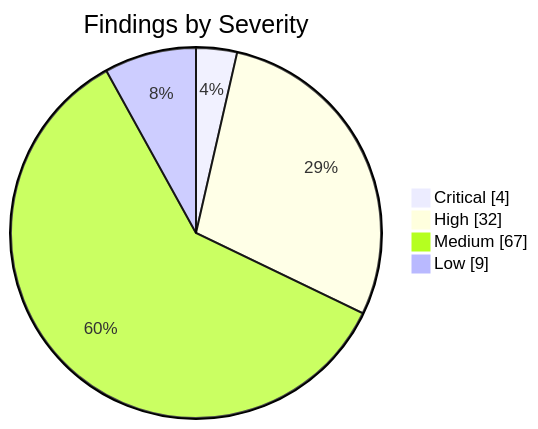
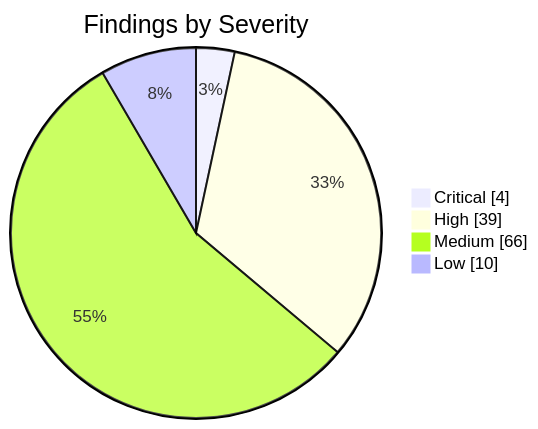
Before and after one commit to KBVE/kbve: the first of 2 diagrams in apps/kbve/astro-kbve/src/content/docs/dashboard/security.mdx, drawn with Mermaid. The commit also changed other lines of this file and 1 other file, not shown here.

````diff
--- a/apps/kbve/astro-kbve/src/content/docs/dashboard/security.mdx
+++ b/apps/kbve/astro-kbve/src/content/docs/dashboard/security.mdx
@@ -148,8 +148,8 @@
 ```mermaid
 pie showData
     title Findings by Severity
     "Critical" : 4
-    "High" : 32
-    "Medium" : 67
-    "Low" : 9
+    "High" : 39
+    "Medium" : 66
+    "Low" : 10
 ```
````
